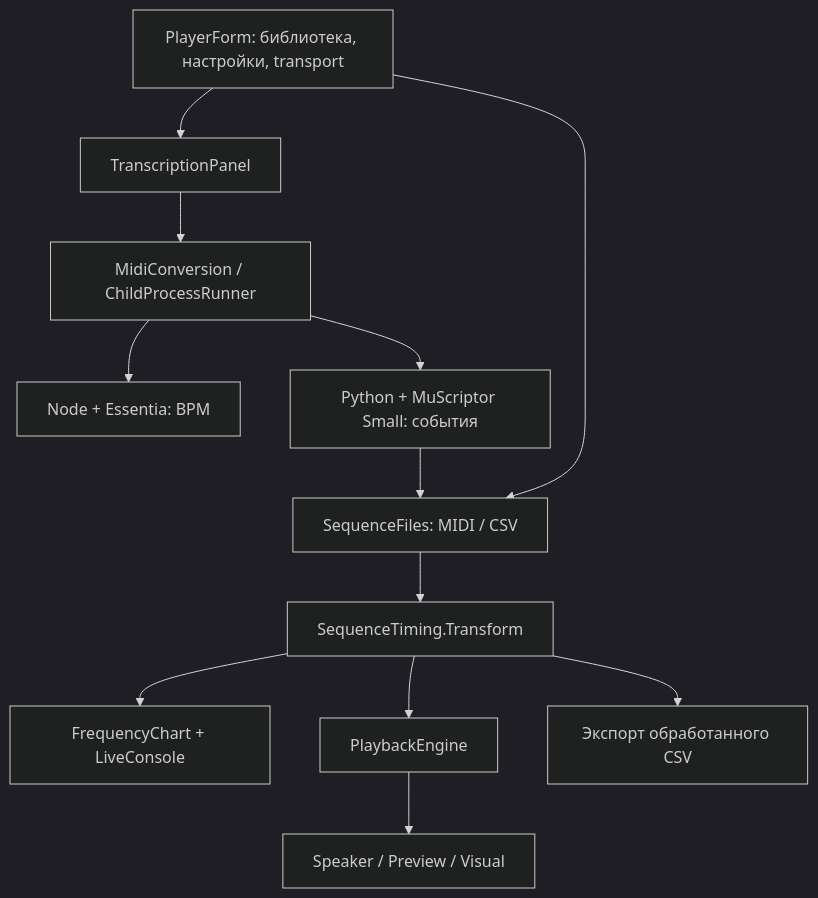
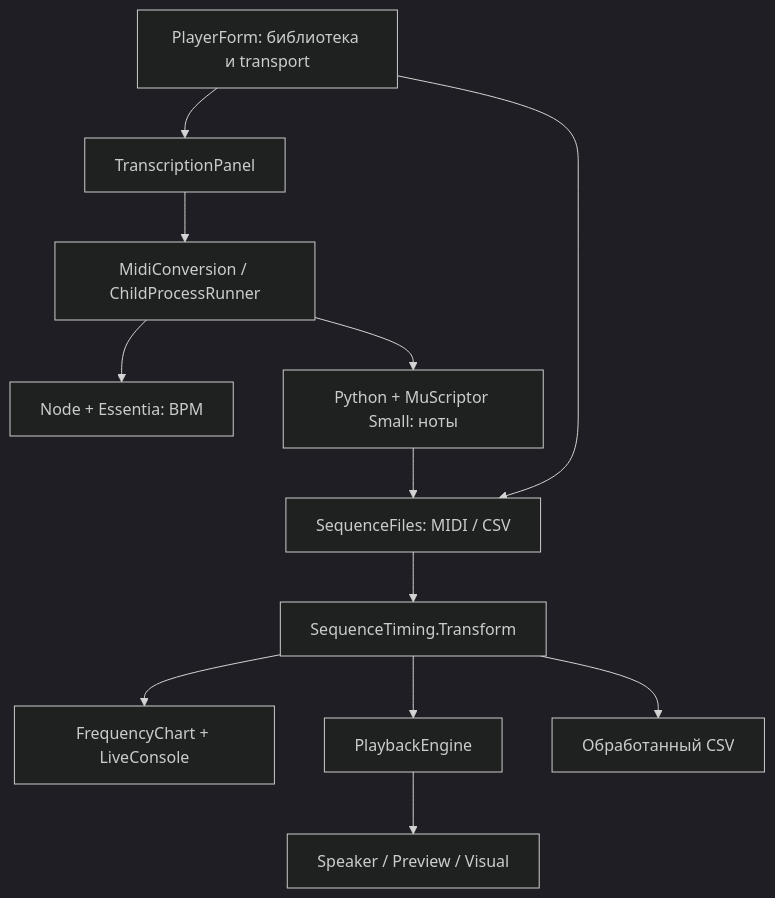
Before and after one commit to esinkirill/speaker-studio: the first of 2 diagrams in docs/ARCHITECTURE.md, drawn with Mermaid (dark theme). The commit also changed other lines of this file and 13 other files, not shown here.

````diff
--- a/docs/ARCHITECTURE.md
+++ b/docs/ARCHITECTURE.md
@@ -9,21 +9,21 @@
 ```mermaid
 flowchart TB
-    UI[PlayerForm: библиотека, настройки, transport]
+    UI[PlayerForm: библиотека и transport]
     Audio[TranscriptionPanel]
     Bridge[MidiConversion / ChildProcessRunner]
     Node[Node + Essentia: BPM]
-    Python[Python + MuScriptor Small: события]
+    Python[Python + MuScriptor Small: ноты]
     Files[SequenceFiles: MIDI / CSV]
     Timing[SequenceTiming.Transform]
     Chart[FrequencyChart + LiveConsole]
     Engine[PlaybackEngine]
     Backend[Speaker / Preview / Visual]
     UI --> Audio --> Bridge
     Bridge --> Node
     Bridge --> Python
     Python --> Files
     UI --> Files --> Timing
     Timing --> Chart
     Timing --> Engine --> Backend
-    Timing --> CSV[Экспорт обработанного CSV]
+    Timing --> CSV[Обработанный CSV]
 ```
````
